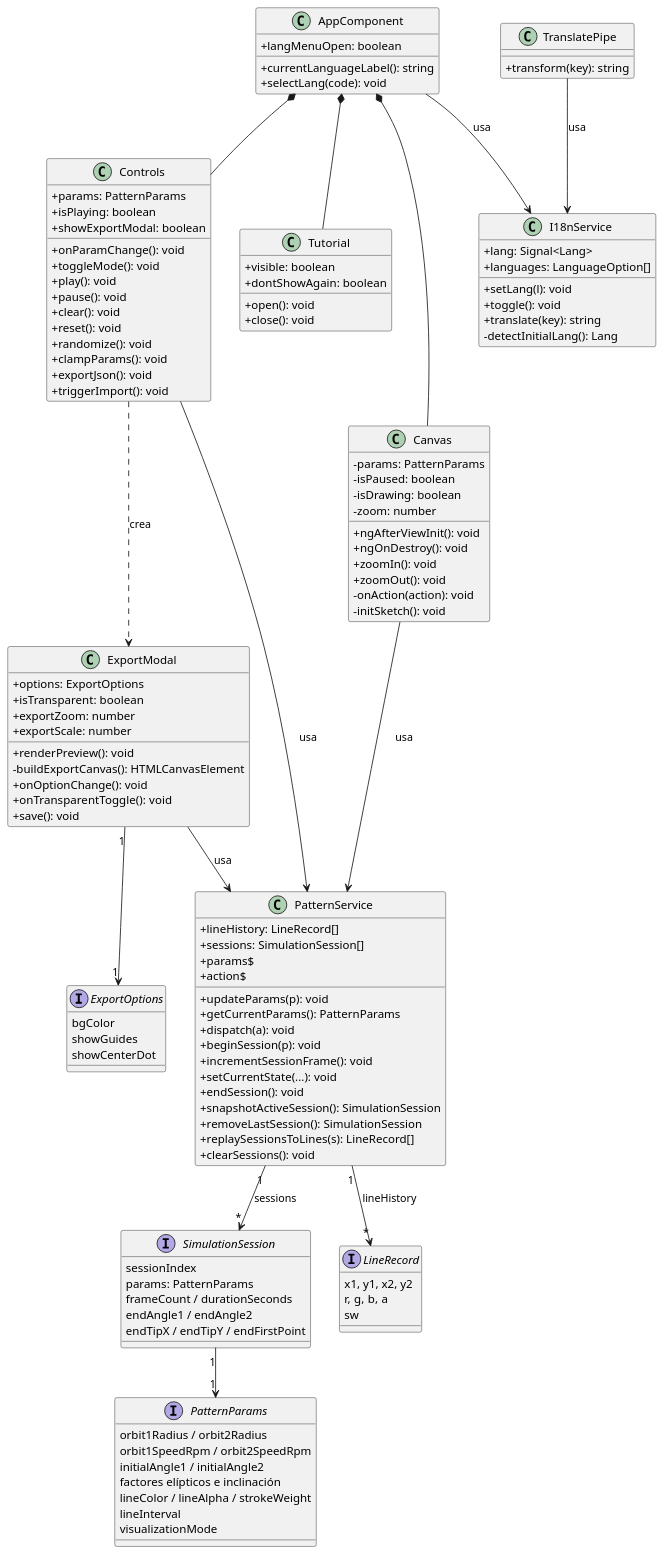
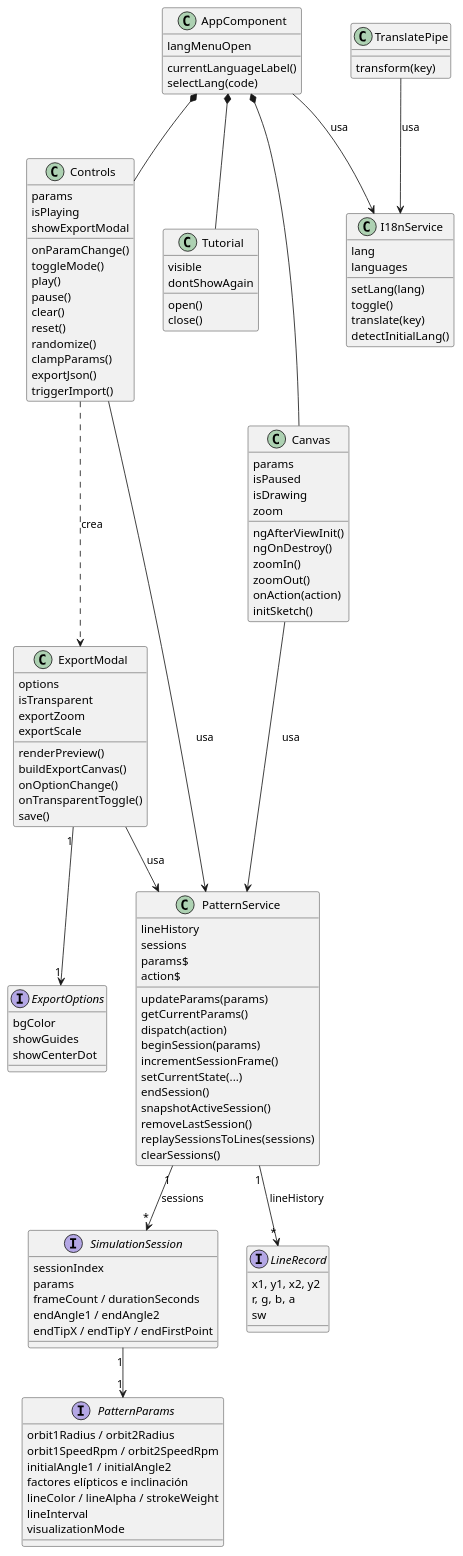
Before and after one commit to IgnacioMol/Epicycloid_generator: the second of 15 diagrams in claude/memoria-cap4-analisis.md, drawn with PlantUML. The commit also changed other lines of this file, not shown here.

Commit message:
update diagrama calses

```diff
--- a/claude/memoria-cap4-analisis.md
+++ b/claude/memoria-cap4-analisis.md
@@ -462,81 +462,81 @@
 skinparam classAttributeIconSize 0
 
 class AppComponent {
-  + langMenuOpen: boolean
-  + currentLanguageLabel(): string
-  + selectLang(code): void
+  langMenuOpen
+  currentLanguageLabel()
+  selectLang(code)
 }
 class Canvas {
-  - params: PatternParams
-  - isPaused: boolean
-  - isDrawing: boolean
-  - zoom: number
-  + ngAfterViewInit(): void
-  + ngOnDestroy(): void
-  + zoomIn(): void
-  + zoomOut(): void
-  - onAction(action): void
-  - initSketch(): void
+  params
+  isPaused
+  isDrawing
+  zoom
+  ngAfterViewInit()
+  ngOnDestroy()
+  zoomIn()
+  zoomOut()
+  onAction(action)
+  initSketch()
 }
 class Controls {
-  + params: PatternParams
-  + isPlaying: boolean
-  + showExportModal: boolean
-  + onParamChange(): void
-  + toggleMode(): void
-  + play(): void
-  + pause(): void
-  + clear(): void
-  + reset(): void
-  + randomize(): void
-  + clampParams(): void
-  + exportJson(): void
-  + triggerImport(): void
+  params
+  isPlaying
+  showExportModal
+  onParamChange()
+  toggleMode()
+  play()
+  pause()
+  clear()
+  reset()
+  randomize()
+  clampParams()
+  exportJson()
+  triggerImport()
 }
 class ExportModal {
-  + options: ExportOptions
-  + isTransparent: boolean
-  + exportZoom: number
-  + exportScale: number
-  + renderPreview(): void
-  - buildExportCanvas(): HTMLCanvasElement
-  + onOptionChange(): void
-  + onTransparentToggle(): void
-  + save(): void
+  options
+  isTransparent
+  exportZoom
+  exportScale
+  renderPreview()
+  buildExportCanvas()
+  onOptionChange()
+  onTransparentToggle()
+  save()
 }
 class Tutorial {
-  + visible: boolean
-  + dontShowAgain: boolean
-  + open(): void
-  + close(): void
+  visible
+  dontShowAgain
+  open()
+  close()
 }
 class PatternService {
-  + lineHistory: LineRecord[]
-  + sessions: SimulationSession[]
-  + params$
-  + action$
-  + updateParams(p): void
-  + getCurrentParams(): PatternParams
-  + dispatch(a): void
-  + beginSession(p): void
-  + incrementSessionFrame(): void
-  + setCurrentState(...): void
-  + endSession(): void
-  + snapshotActiveSession(): SimulationSession
-  + removeLastSession(): SimulationSession
-  + replaySessionsToLines(s): LineRecord[]
-  + clearSessions(): void
+  lineHistory
+  sessions
+  params$
+  action$
+  updateParams(params)
+  getCurrentParams()
+  dispatch(action)
+  beginSession(params)
+  incrementSessionFrame()
+  setCurrentState(...)
+  endSession()
+  snapshotActiveSession()
+  removeLastSession()
+  replaySessionsToLines(sessions)
+  clearSessions()
 }
 class I18nService {
-  + lang: Signal<Lang>
-  + languages: LanguageOption[]
-  + setLang(l): void
-  + toggle(): void
-  + translate(key): string
-  - detectInitialLang(): Lang
+  lang
+  languages
+  setLang(lang)
+  toggle()
+  translate(key)
+  detectInitialLang()
 }
 class TranslatePipe {
-  + transform(key): string
+  transform(key)
 }
 interface PatternParams {
   orbit1Radius / orbit2Radius
@@ -549,7 +549,7 @@
 }
 interface SimulationSession {
   sessionIndex
-  params: PatternParams
+  params
   frameCount / durationSeconds
   endAngle1 / endAngle2
   endTipX / endTipY / endFirstPoint
```
